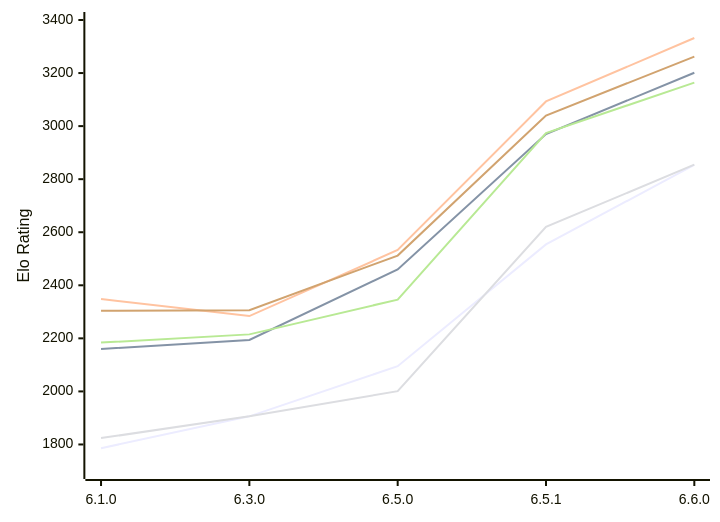
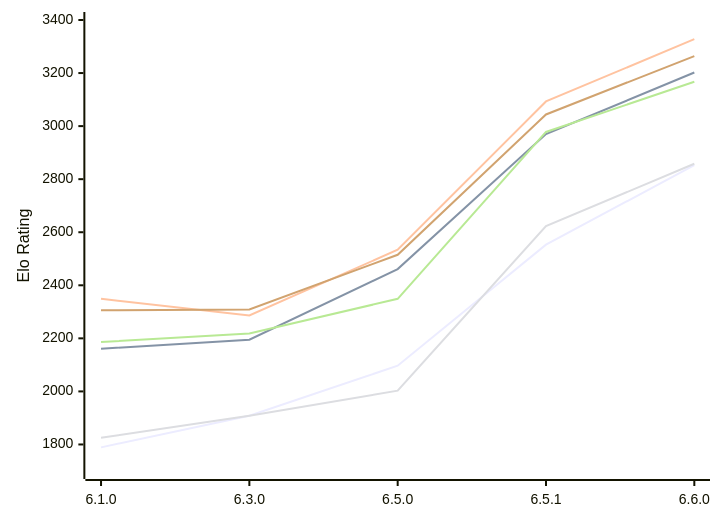
The diagram in engines/Luminex.md (computer-chess-index/cci), drawn with Mermaid before and after one commit. The commit also changed other lines of this file, not shown here.

Commit message:
Update CCI Ratings (ELO VLTC) - 2026-11-24

````diff
--- a/engines/Luminex.md
+++ b/engines/Luminex.md
@@ -55,12 +55,12 @@
 ```mermaid
 %%{init: {"theme":"base","themeVariables":{"seriesColors:['#a3a3a3','#222221','#faa371']}}}%%
 xychart-beta
   x-axis ["6.1.0", "6.3.0", "6.5.0", "6.5.1", "6.6.0"]
   y-axis "Elo Rating" 1700 --> 3400
-  line "E1: STC (8.0+0.08s)" [1786, 1906, 2095, 2554, 2854]
-  line "E1: LTC (60.0+0.60s)" [2160, 2194, 2460, 2970, 3201]
-  line "E1: VLTC (2m24s+1.12s)" [2348, 2284, 2533, 3093, 3332]
-  line "P1: STC (8.0+0.08s)" [1824, 1906, 2001, 2620, 2855]
-  line "P1: LTC (60.0+0.60s)" [2184, 2215, 2346, 2974, 3164]
-  line "P1: VLTC (2m24s+1.12s)" [2304, 2306, 2512, 3040, 3262]
+  line "E1: STC (8.0+0.08s)" [1789, 1908, 2097, 2553, 2853]
+  line "E1: LTC (60.0+0.60s)" [2161, 2195, 2461, 2970, 3202]
+  line "E1: VLTC (2m24s+1.12s)" [2349, 2286, 2534, 3093, 3328]
+  line "P1: STC (8.0+0.08s)" [1825, 1908, 2003, 2623, 2858]
+  line "P1: LTC (60.0+0.60s)" [2186, 2218, 2349, 2978, 3167]
+  line "P1: VLTC (2m24s+1.12s)" [2306, 2309, 2515, 3044, 3264]
 ```
````
